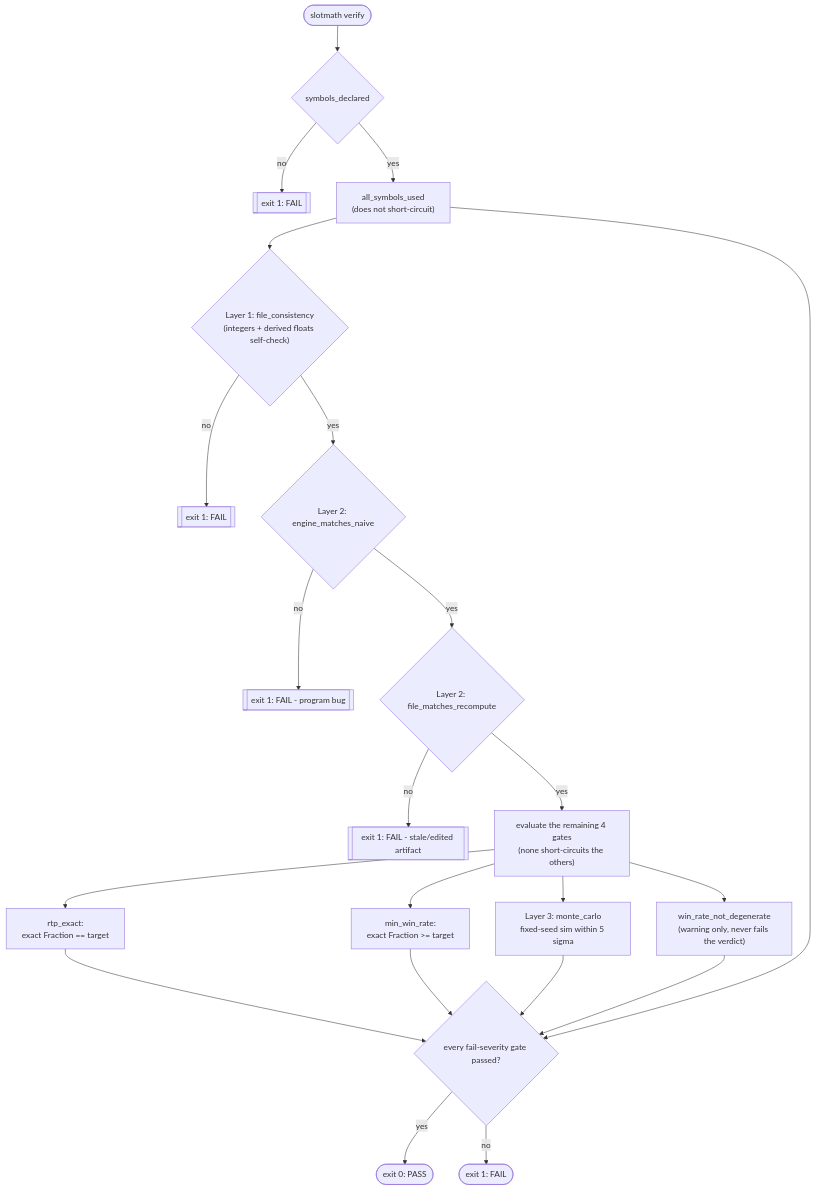
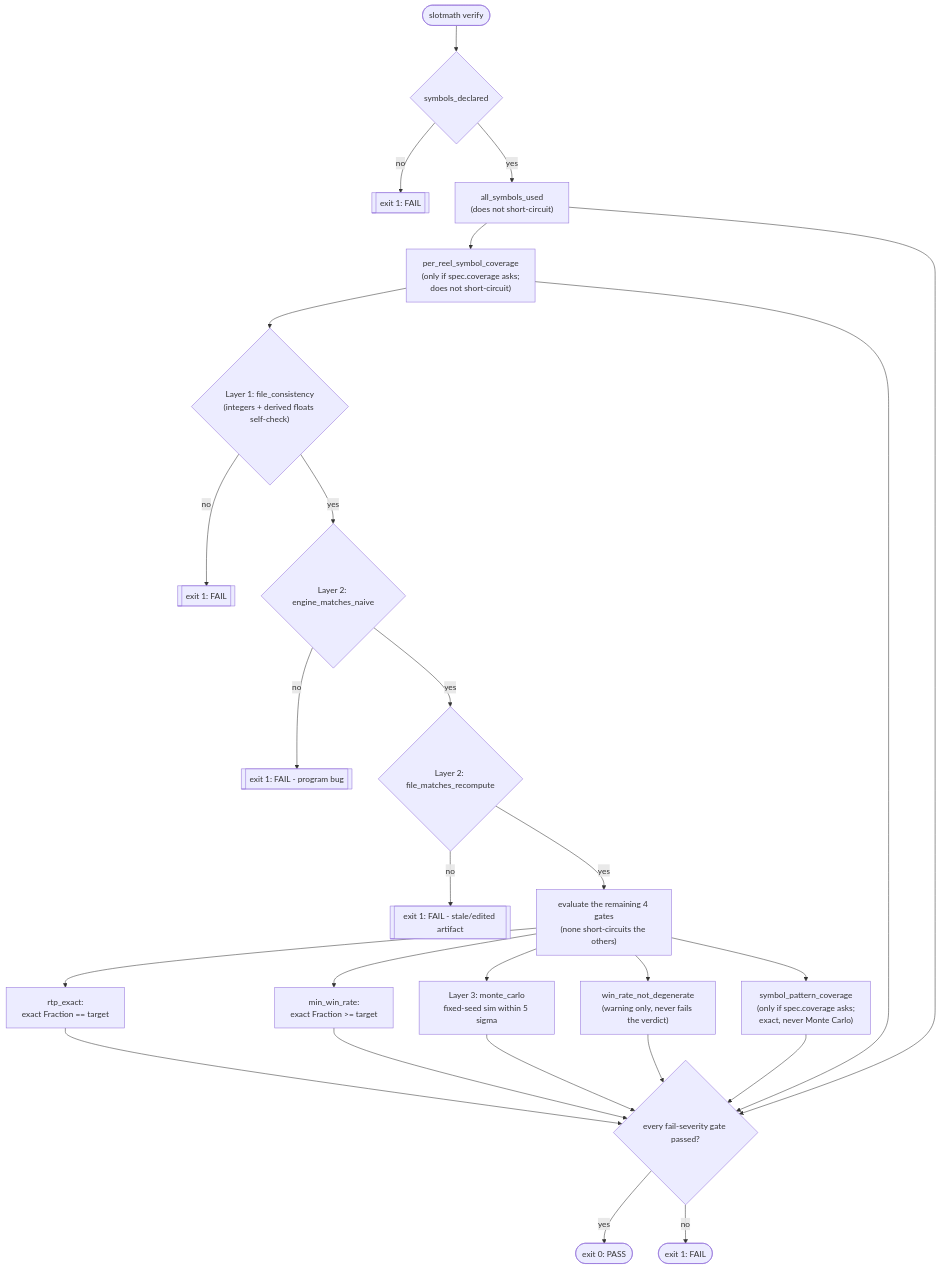
Before and after one commit to Y3NH0/slot-reel-solver: the second of 2 diagrams in README.md, drawn with Mermaid. The commit also changed other lines of this file and 7 other files, not shown here.

````diff
--- a/README.md
+++ b/README.md
@@ -94,20 +96,22 @@
 ```mermaid
 flowchart TD
     A(["slotmath verify"]) --> B{"symbols_declared"}
     B -- "no" --> X1[["exit 1: FAIL"]]
     B -- "yes" --> C["all_symbols_used<br/>(does not short-circuit)"]
-    C --> D{"Layer 1: file_consistency<br/>(integers + derived floats self-check)"}
+    C --> C2["per_reel_symbol_coverage<br/>(only if spec.coverage asks;<br/>does not short-circuit)"]
+    C2 --> D{"Layer 1: file_consistency<br/>(integers + derived floats self-check)"}
     D -- "no" --> X2[["exit 1: FAIL"]]
     D -- "yes" --> E{"Layer 2: engine_matches_naive"}
     E -- "no" --> X3[["exit 1: FAIL - program bug"]]
     E -- "yes" --> F{"Layer 2: file_matches_recompute"}
     F -- "no" --> X4[["exit 1: FAIL - stale/edited artifact"]]
     F -- "yes" --> G["evaluate the remaining 4 gates<br/>(none short-circuits the others)"]
     G --> H["rtp_exact:<br/>exact Fraction == target"]
     G --> I["min_win_rate:<br/>exact Fraction >= target"]
     G --> J["Layer 3: monte_carlo<br/>fixed-seed sim within 5 sigma"]
     G --> K["win_rate_not_degenerate<br/>(warning only, never fails the verdict)"]
-    C & H & I & J & K --> L{"every fail-severity gate passed?"}
+    G --> M["symbol_pattern_coverage<br/>(only if spec.coverage asks;<br/>exact, never Monte Carlo)"]
+    C & C2 & H & I & J & K & M --> L{"every fail-severity gate passed?"}
     L -- "yes" --> Pass(["exit 0: PASS"])
     L -- "no" --> Fail(["exit 1: FAIL"])
 ```
````
